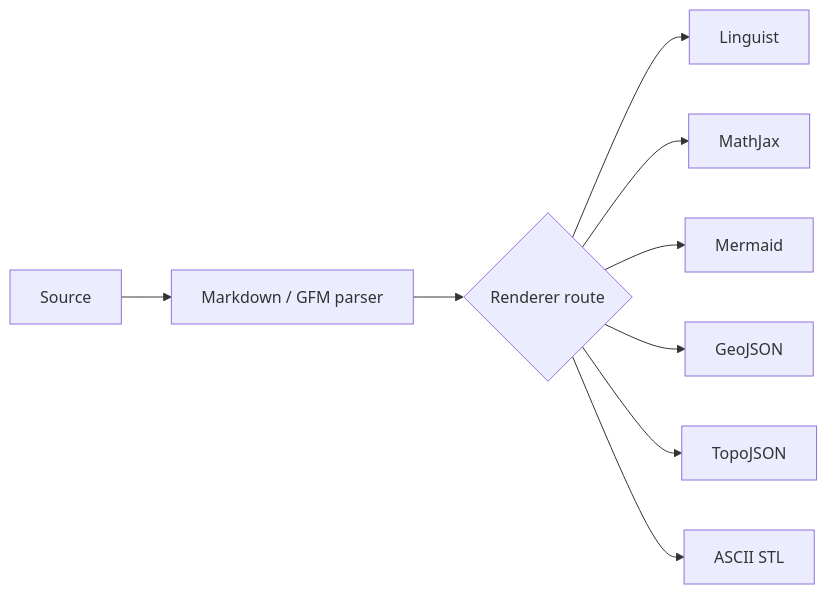
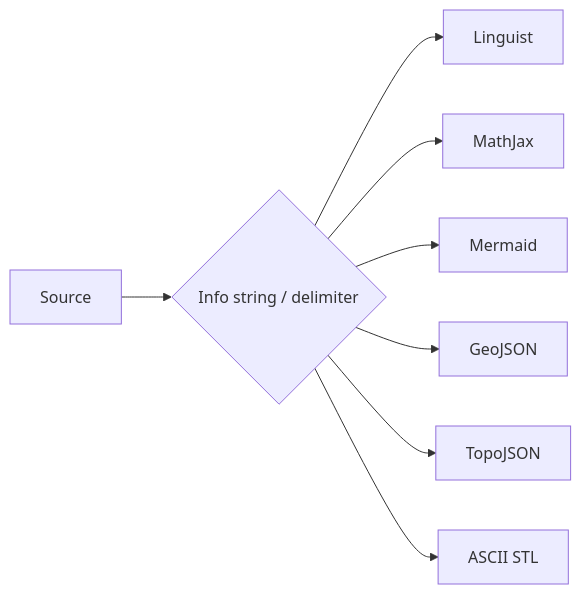
One commit to thiepn/markdown changed the second of 5 diagrams in README.md. Above: the diagram before and after it, drawn with Mermaid. The commit also changed other lines of this file, not shown here.

````diff
--- a/README.md
+++ b/README.md
@@ -544,11 +588,10 @@
 ```mermaid
 flowchart LR
-    SRC[Source] --> P[Markdown / GFM parser]
-    P --> R{Renderer route}
-    R --> L[Linguist]
-    R --> MJ[MathJax]
-    R --> MM[Mermaid]
-    R --> GJ[GeoJSON]
-    R --> TJ[TopoJSON]
-    R --> STL[ASCII STL]
+    SOURCE[Source] --> ROUTE{Info string / delimiter}
+    ROUTE --> L[Linguist]
+    ROUTE --> MJ[MathJax]
+    ROUTE --> MM[Mermaid]
+    ROUTE --> GJ[GeoJSON]
+    ROUTE --> TJ[TopoJSON]
+    ROUTE --> STL[ASCII STL]
 ```
````
